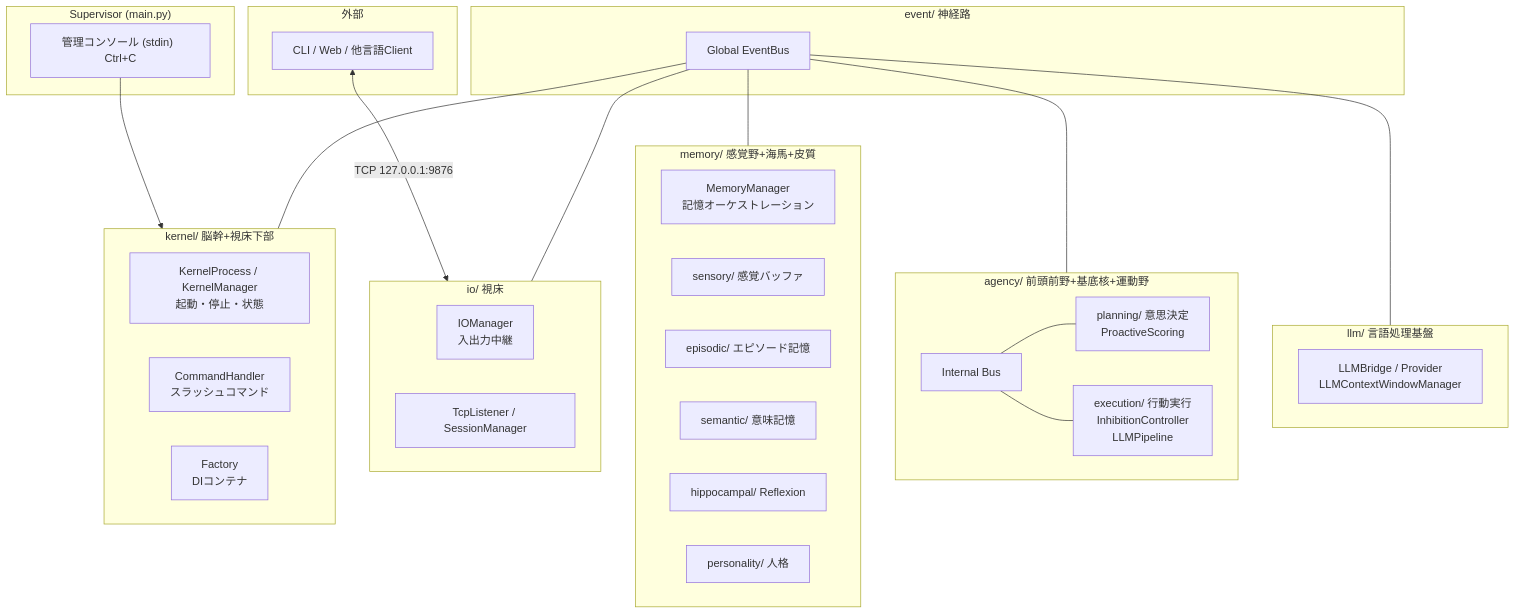
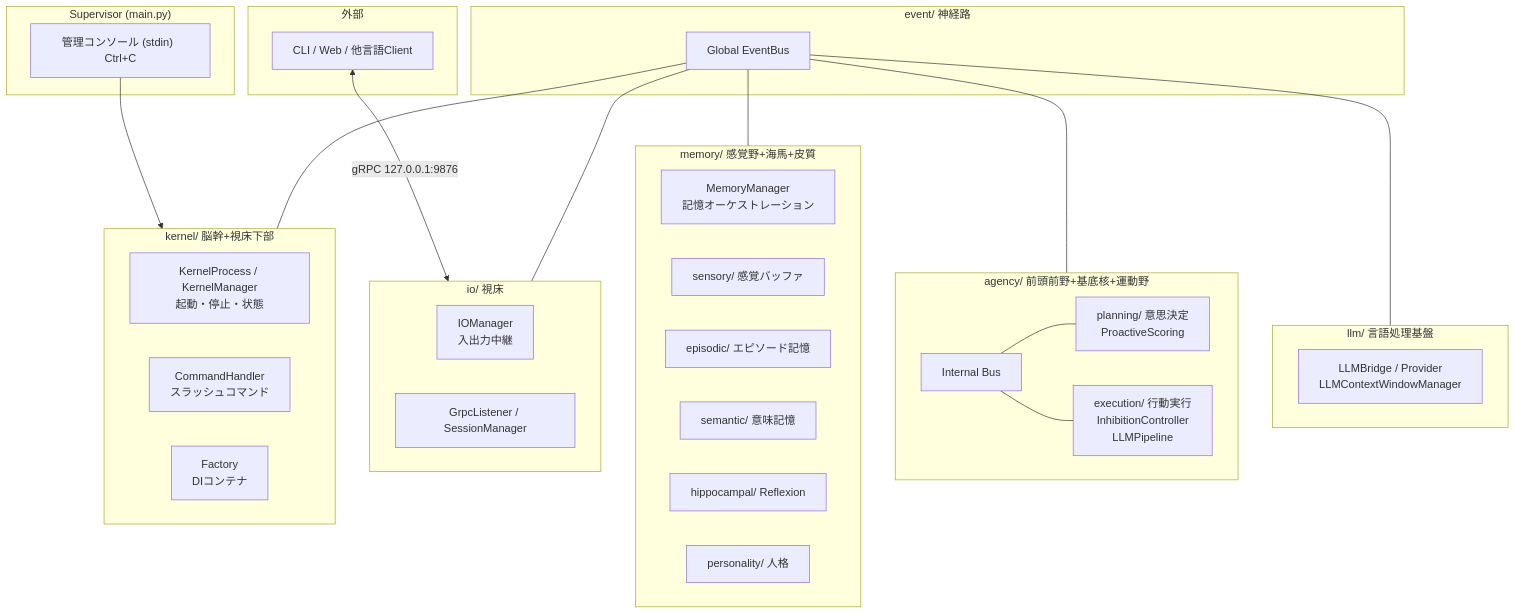
Before and after one commit to ibukani/iris-mind: the first of 2 diagrams in README.md, drawn with Mermaid. The commit also changed other lines of this file and 31 other files, not shown here.

````diff
--- a/README.md
+++ b/README.md
@@ -11,47 +11,47 @@
 ```mermaid
 flowchart TD
     subgraph Supervisor["Supervisor (main.py)"]
         Console["管理コンソール (stdin)  Ctrl+C"]
     end
     subgraph Kernel["kernel/ 脳幹+視床下部"]
         KP["KernelProcess / KernelManager<br/>起動・停止・状態"]
         CMD["CommandHandler<br/>スラッシュコマンド"]
         DI["Factory<br/>DIコンテナ"]
     end
     subgraph IO["io/ 視床"]
         IO_M["IOManager<br/>入出力中継"]
-        TCP["TcpListener / SessionManager"]
+        GRPC["GrpcListener / SessionManager"]
     end
     subgraph Memory["memory/ 感覚野+海馬+皮質"]
         MM["MemoryManager<br/>記憶オーケストレーション"]
         SEN["sensory/ 感覚バッファ"]
         EP["episodic/ エピソード記憶"]
         SEM["semantic/ 意味記憶"]
         HIP["hippocampal/ Reflexion"]
         PER["personality/ 人格"]
     end
     subgraph Agency["agency/ 前頭前野+基底核+運動野"]
         IB["Internal Bus"]
         PL["planning/ 意思決定<br/>ProactiveScoring"]
         EX["execution/ 行動実行<br/>InhibitionController<br/>LLMPipeline"]
     end
     subgraph LLM["llm/ 言語処理基盤"]
         LB["LLMBridge / Provider<br/>LLMContextWindowManager"]
     end
     subgraph Event["event/ 神経路"]
         EB["Global EventBus"]
     end
     subgraph External["外部"]
         CLI["CLI / Web / 他言語Client"]
     end
 
     Console --> Kernel
-    CLI <-->|TCP 127.0.0.1:9876| IO
+    CLI <-->|gRPC 127.0.0.1:9876| IO
     EB --- IO
     EB --- Memory
     EB --- Agency
     EB --- Kernel
     EB --- LLM
     IB --- PL
     IB --- EX
 ```
````
